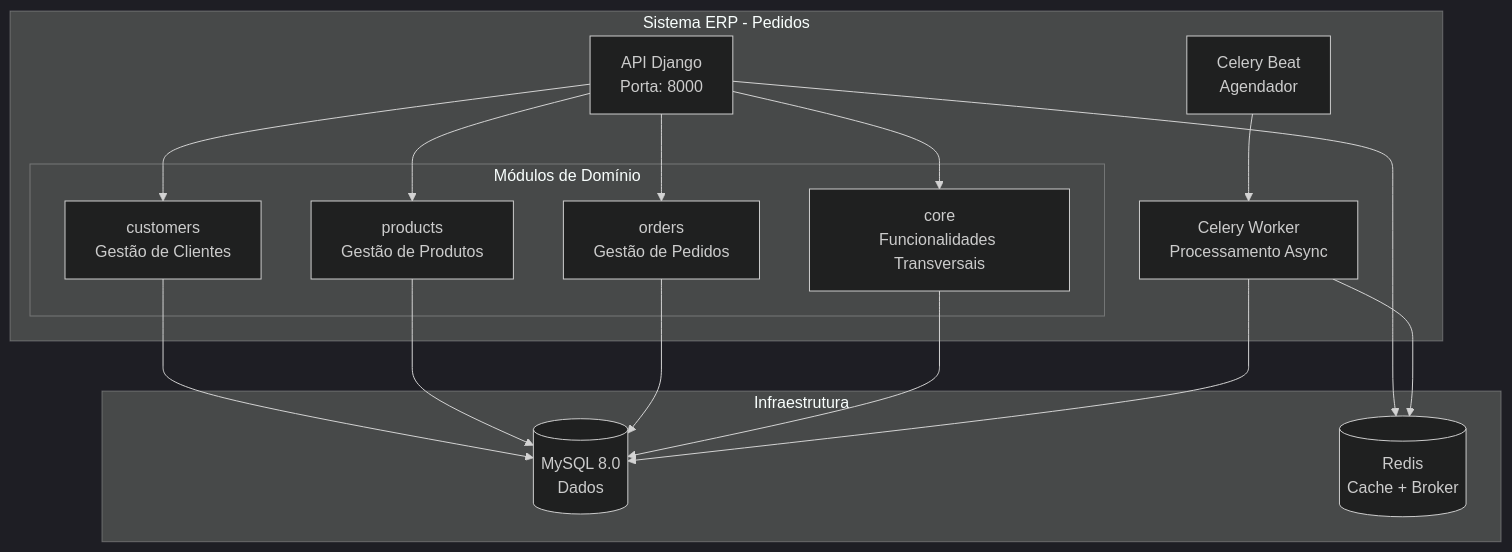
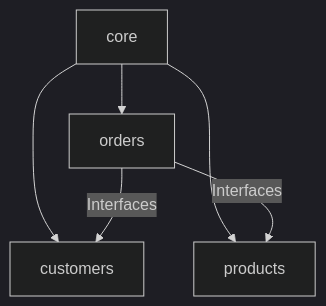
The third of 3 diagrams in ARCHITECTURE.md (Lucasantunesribeiro/sistema_erp_modulo_de_gestao_de_pedidos), drawn with Mermaid (dark theme) before and after one commit. The commit also changed other lines of this file and 1 other file, not shown here.

Commit message:
docs: add architecture documentation

````diff
--- a/ARCHITECTURE.md
+++ b/ARCHITECTURE.md
@@ -49,35 +34,8 @@
 ```mermaid
-graph TB
-    subgraph "Sistema ERP - Pedidos"
-        API[API Django<br/>Porta: 8000]
-        Worker[Celery Worker<br/>Processamento Async]
-        Scheduler[Celery Beat<br/>Agendador]
-        
-        subgraph "Módulos de Domínio"
-            Customers[customers<br/>Gestão de Clientes]
-            Products[products<br/>Gestão de Produtos]
-            Orders[orders<br/>Gestão de Pedidos]
-            Core[core<br/>Funcionalidades Transversais]
-        end
-    end
-    
-    subgraph "Infraestrutura"
-        DB[(MySQL 8.0<br/>Dados)]
-        Cache[(Redis<br/>Cache + Broker)]
-    end
-    
-    API --> Customers
-    API --> Products
-    API --> Orders
-    API --> Core
-    
-    Customers --> DB
-    Products --> DB
-    Orders --> DB
-    Core --> DB
-    
-    API --> Cache
-    Worker --> Cache
-    Worker --> DB
-    Scheduler --> Worker
+flowchart TD
+  Core[core] --> Customers[customers]
+  Core[core] --> Products[products]
+  Core[core] --> Orders[orders]
+  Orders -->|Interfaces| Customers
+  Orders -->|Interfaces| Products
 ```
````
